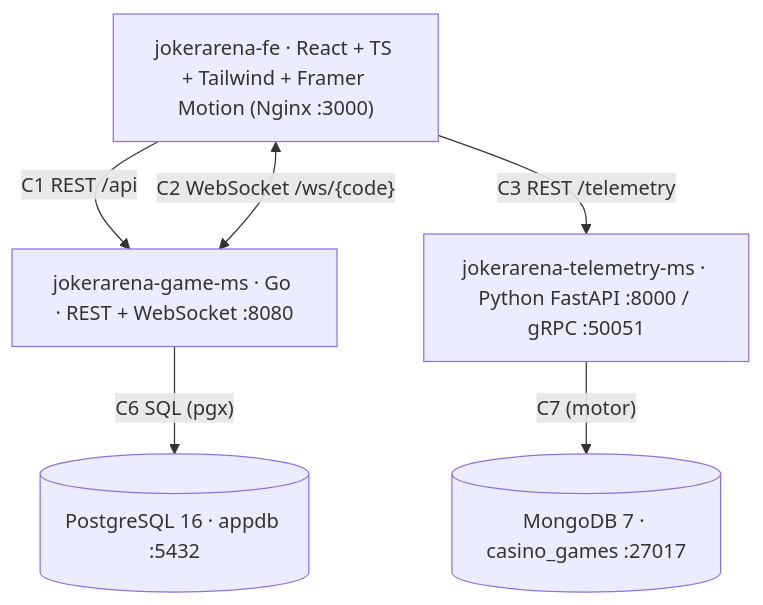
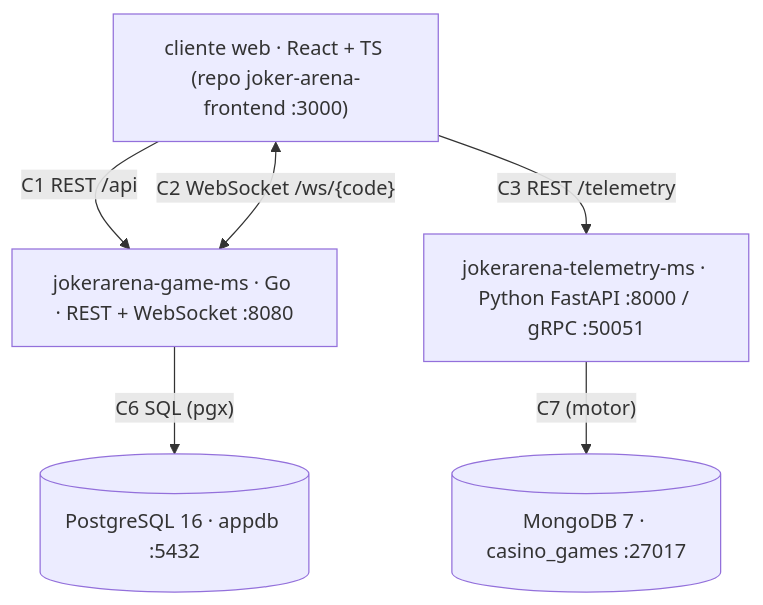
Before and after one commit to AngelDavidRuizB/joker-arena-backend: the diagram in README.md, drawn with Mermaid. The commit also changed other lines of this file and 69 other files, not shown here.

````diff
--- a/README.md
+++ b/README.md
@@ -40,14 +40,14 @@
 ```mermaid
 graph TD
-    FE["jokerarena-fe · React + TS + Tailwind + Framer Motion (Nginx :3000)"]
+    FE["cliente web · React + TS (repo joker-arena-frontend :3000)"]
     GE["jokerarena-game-ms · Go · REST + WebSocket :8080"]
     TM["jokerarena-telemetry-ms · Python FastAPI :8000 / gRPC :50051"]
     PG[("PostgreSQL 16 · appdb :5432")]
     MG[("MongoDB 7 · casino_games :27017")]
 
     FE -->|"C1 REST /api"| GE
     FE <-->|"C2 WebSocket /ws/{code}"| GE
     FE -->|"C3 REST /telemetry"| TM
     GE -->|"C6 SQL (pgx)"| PG
     TM -->|"C7 (motor)"| MG
 ```
````
